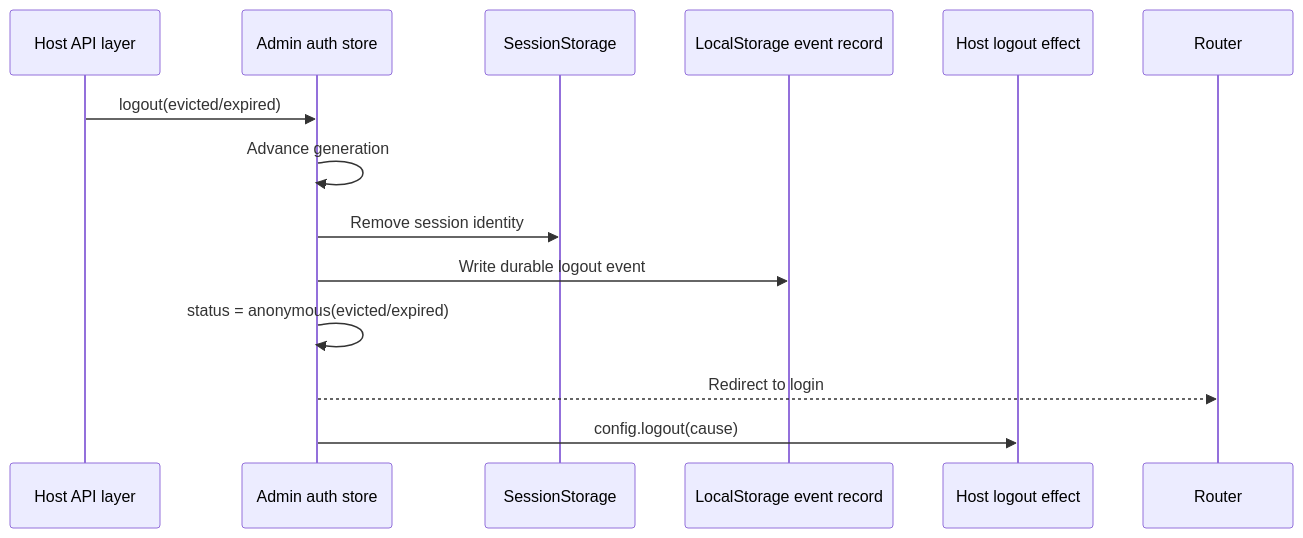
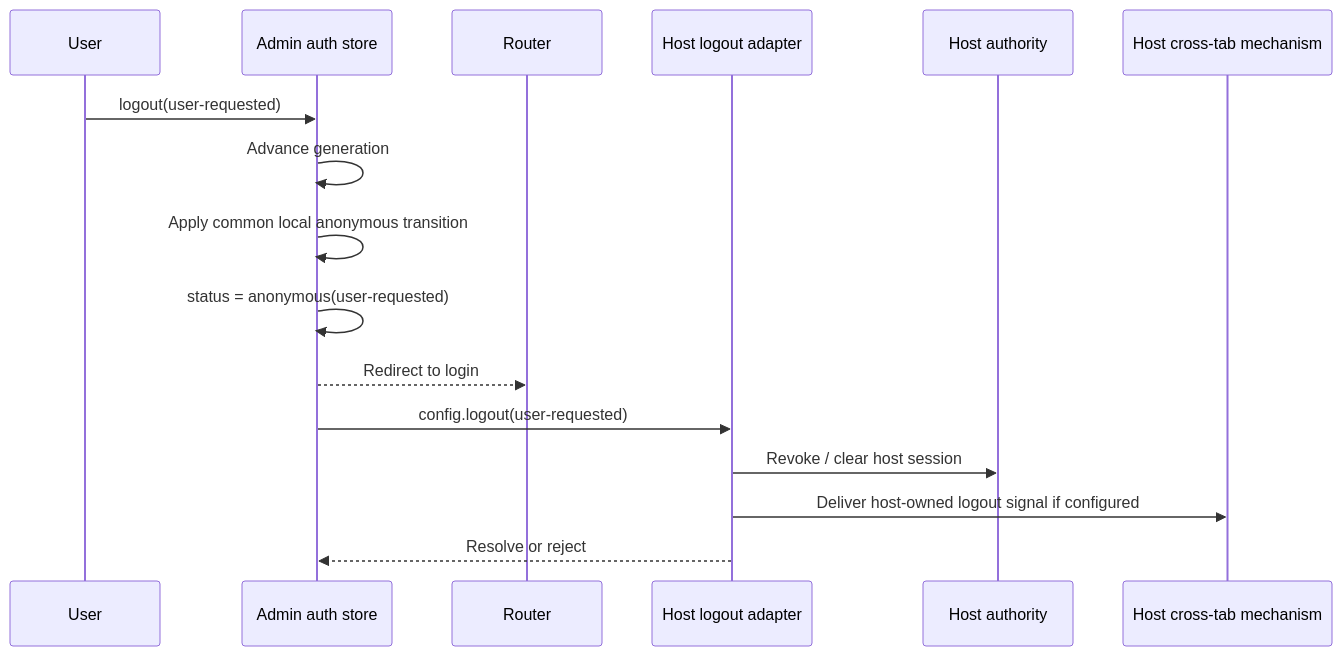
Before and after one commit to hechang27-sprt/noob-components-v2: diagram 11 of 19 in docs/admin-auth-restoration-data-flows.md, drawn with Mermaid. The commit also changed other lines of this file and 15 other files, not shown here.

````diff
--- a/docs/admin-auth-restoration-data-flows.md
+++ b/docs/admin-auth-restoration-data-flows.md
@@ -256,17 +294,19 @@
 ```mermaid
 sequenceDiagram
-    participant API as Host API layer
+    participant User
     participant Auth as Admin auth store
-    participant SS as SessionStorage
-    participant Event as LocalStorage event record
-    participant Host as Host logout effect
     participant Router
+    participant Host as Host logout adapter
+    participant Authority as Host authority
+    participant Tabs as Host cross-tab mechanism
 
-    API->>Auth: logout(evicted/expired)
+    User->>Auth: logout(user-requested)
     Auth->>Auth: Advance generation
-    Auth->>SS: Remove session identity
-    Auth->>Event: Write durable logout event
-    Auth->>Auth: status = anonymous(evicted/expired)
+    Auth->>Auth: Apply common local anonymous transition
+    Auth->>Auth: status = anonymous(user-requested)
     Auth-->>Router: Redirect to login
-    Auth->>Host: config.logout(cause)
+    Auth->>Host: config.logout(user-requested)
+    Host->>Authority: Revoke / clear host session
+    Host->>Tabs: Deliver host-owned logout signal if configured
+    Host-->>Auth: Resolve or reject
 ```
````
